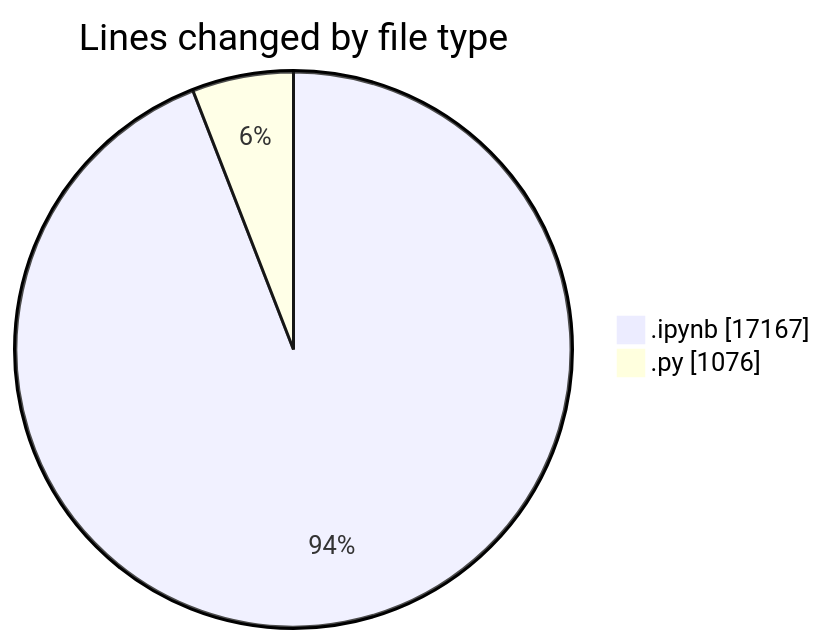
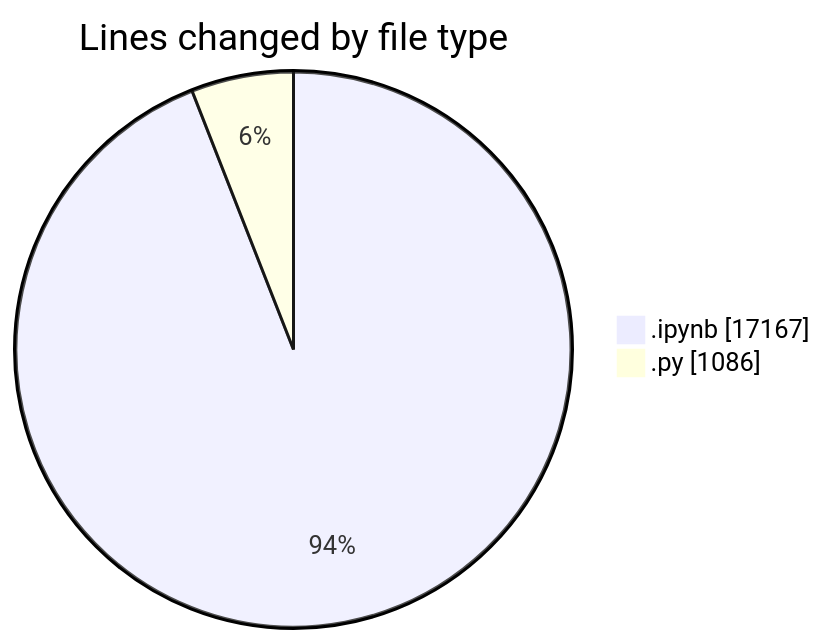
One commit to MatusMokan/code-tracking changed the first of 2 diagrams in 2025-05-07/myws__workspace_/README.md. Above: the diagram before and after it, drawn with Mermaid. The commit also changed other lines of this file and 1 other file, not shown here.

````diff
--- a/2025-05-07/myws__workspace_/README.md
+++ b/2025-05-07/myws__workspace_/README.md
@@ -21,6 +21,6 @@
 ```mermaid
 pie showData
 title Lines changed by file type
 ".ipynb" : 17167
-".py" : 1076
+".py" : 1086
 ```
````
